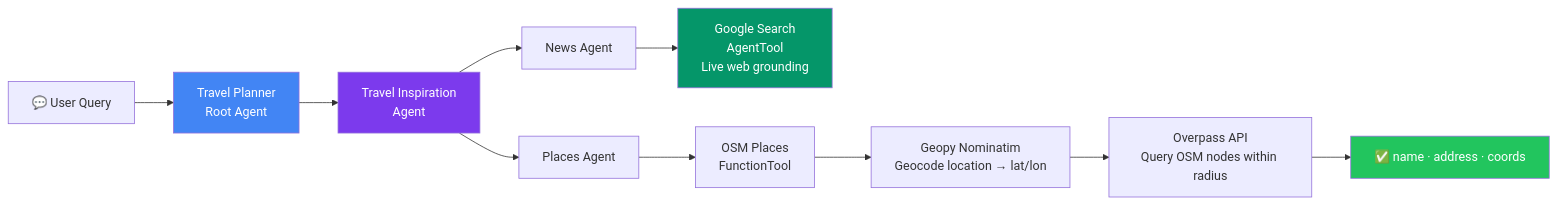
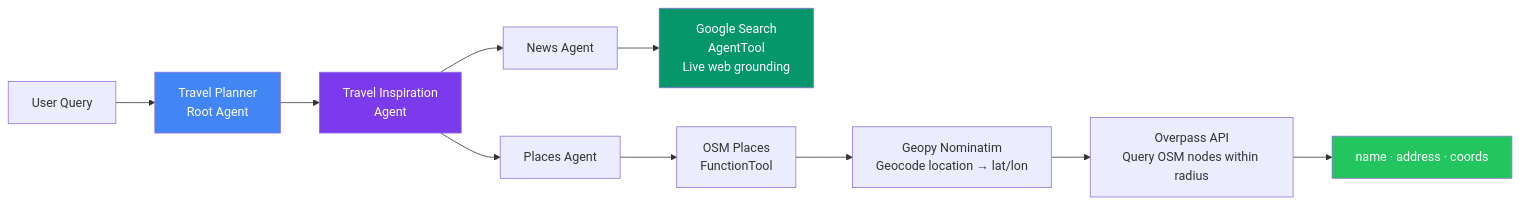
One commit to a-r-ashik/Agentic-AI-Frameworks changed the fifth of 10 diagrams in README.md. Above: the diagram before and after it, drawn with Mermaid. The commit also changed other lines of this file, not shown here.

````diff
--- a/README.md
+++ b/README.md
@@ -228,20 +228,20 @@
 ```mermaid
 flowchart LR
-    A[💬 User Query] --> B[Travel Planner\nRoot Agent]
+    A[ User Query] --> B[Travel Planner\nRoot Agent]
     B --> C[Travel Inspiration\nAgent]
 
     C --> D[News Agent]
     C --> E[Places Agent]
 
     D --> F[Google Search\nAgentTool\nLive web grounding]
     E --> G[OSM Places\nFunctionTool]
 
     G --> H[Geopy Nominatim\nGeocode location → lat/lon]
     H --> I[Overpass API\nQuery OSM nodes within radius]
-    I --> J[✅ name · address · coords]
+    I --> J[ name · address · coords]
 
     style B fill:#4285F4,color:#fff
     style C fill:#7C3AED,color:#fff
     style F fill:#059669,color:#fff
     style J fill:#22C55E,color:#fff
 ```
````
